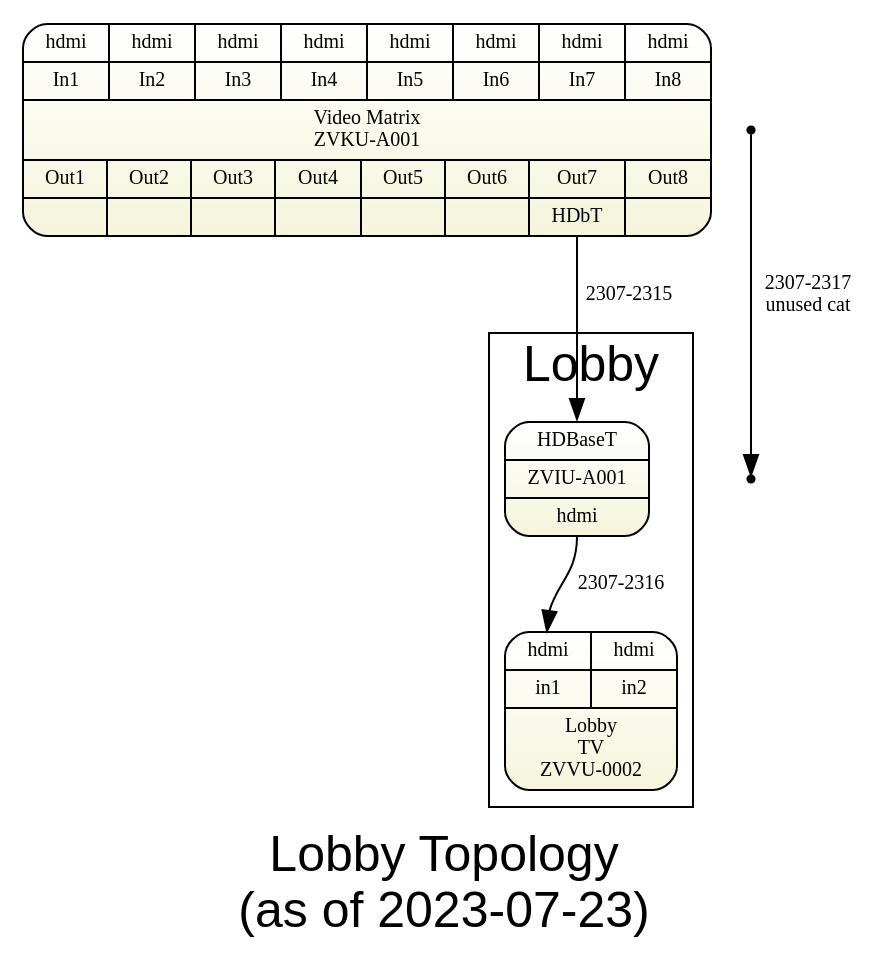
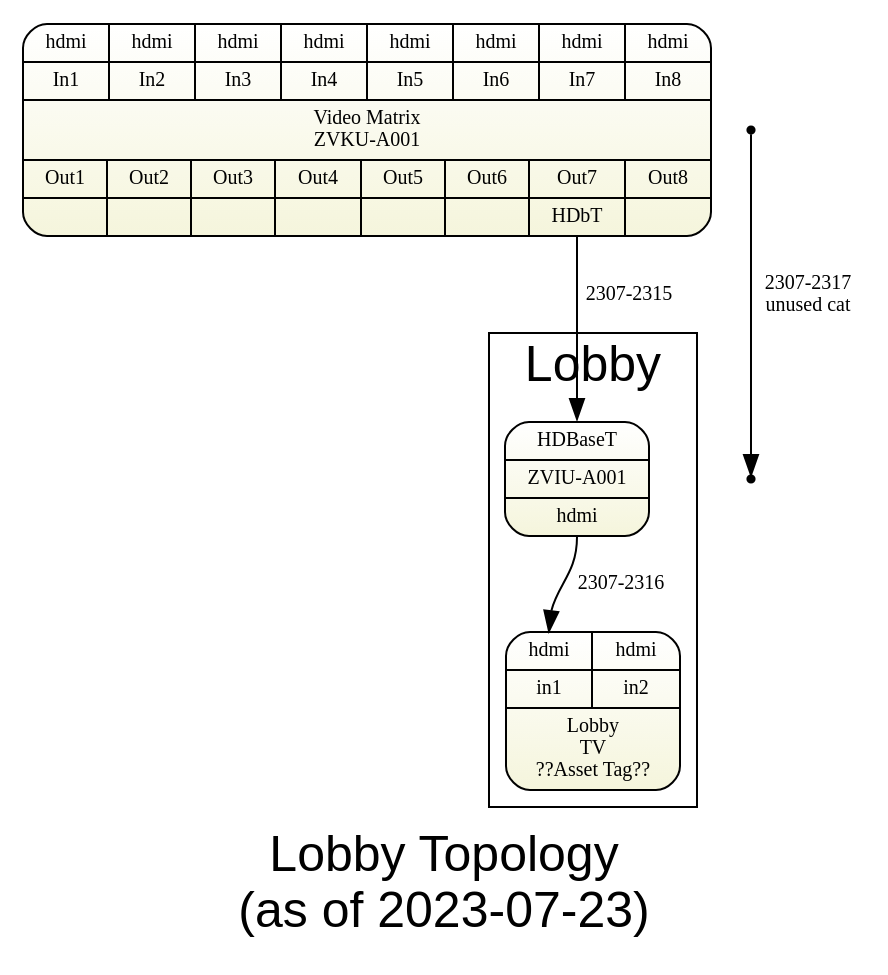
Before and after one commit to avmaint/uactechdoc: the diagram in gv/sdv-topology3-lobby.gv, drawn with Graphviz.

Commit message:
removed incorrect label

```diff
--- a/gv/sdv-topology3-lobby.gv
+++ b/gv/sdv-topology3-lobby.gv
@@ -1,30 +1,30 @@
 digraph lobby { 
 graph [overlap = true, fontsize = 25, rankdir=TB
       label="Lobby Topology\n(as of 2023-07-23)",
       fontname = Helvetica]
  
 node [shape=Mrecord, style=filled , fillcolor="white:beige" ,fontsize = 10, 
       gradientangle=270]
 pswitch [label="{
   {{<i1>hdmi|In1}|{<i2>hdmi|In2}|{<i3>hdmi|In3}|{<i4>hdmi|In4}|{<i5>hdmi|In5}|{<i6>hdmi|In6}|{<i7>hdmi|In7}|{<i8>hdmi|In8}}
   |{Video Matrix\nZVKU-A001}|
   {{Out1|<o1>}|{Out2|<o2>}|{Out3|<o3>}|{Out4|<o4>}|
    {Out5|<o5>}|{Out6|<o6>}|{Out7|<o7>HDbT}|{Out8|<o8> }}  
   }"]
   
 node [  tooltip="" ]
 
 subgraph cluster_lobby { label="Lobby" 
   c62hdmi1   [label="{<i>HDBaseT|ZVIU-A001|<o>hdmi}", tooltip="In lobby"]
-  lobbytv  [label="{ {{<i1>hdmi|in1} | {<i2>hdmi|in2}}|Lobby\nTV\nZVVU-0002}"]
+  lobbytv  [label="{ {{<i1>hdmi|in1} | {<i2>hdmi|in2}}|Lobby\nTV\n??Asset Tag??}"]
 }
 
 pswitch:o7 -> c62hdmi1:i [label="2307-2315" fontsize=10  ]
 c62hdmi1:o -> lobbytv:i1 [label="2307-2316" fontsize=10  ]
 
 p1 [shape=point]
 p2 [shape=point]
 p1->p2 [label="2307-2317\nunused cat" fontsize=10]
 
 
 }
```
